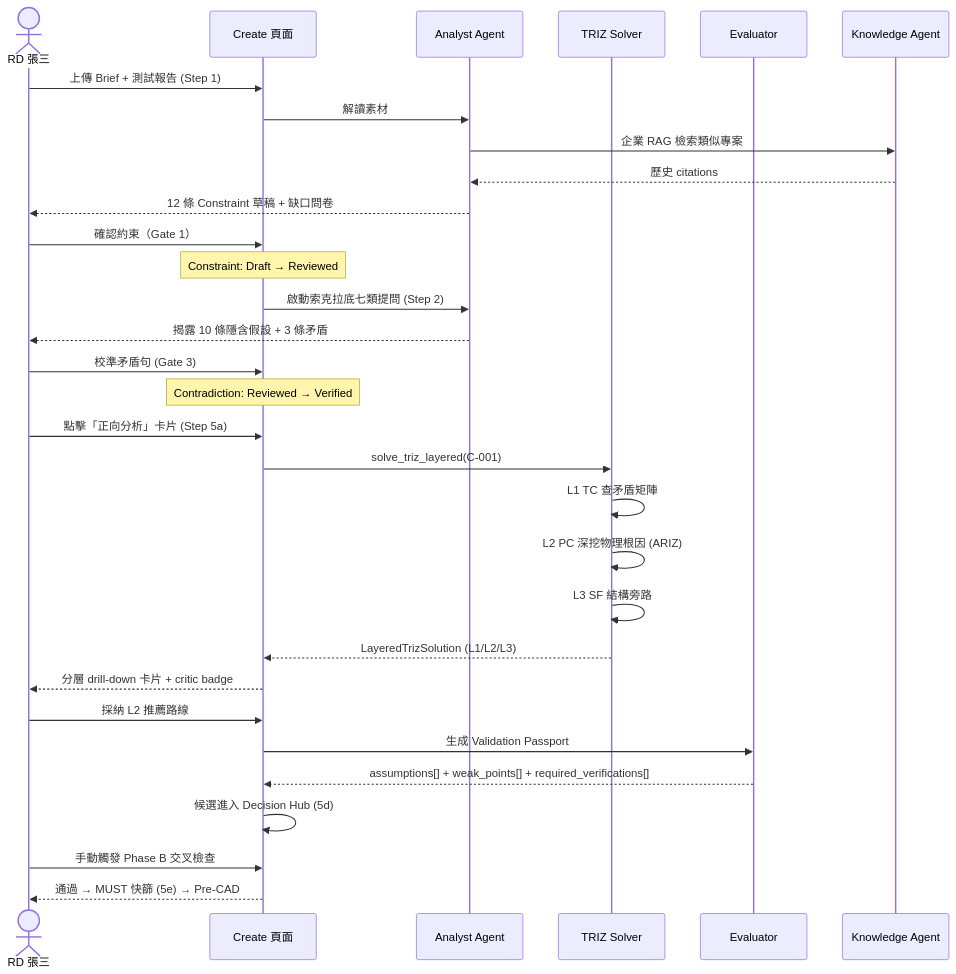
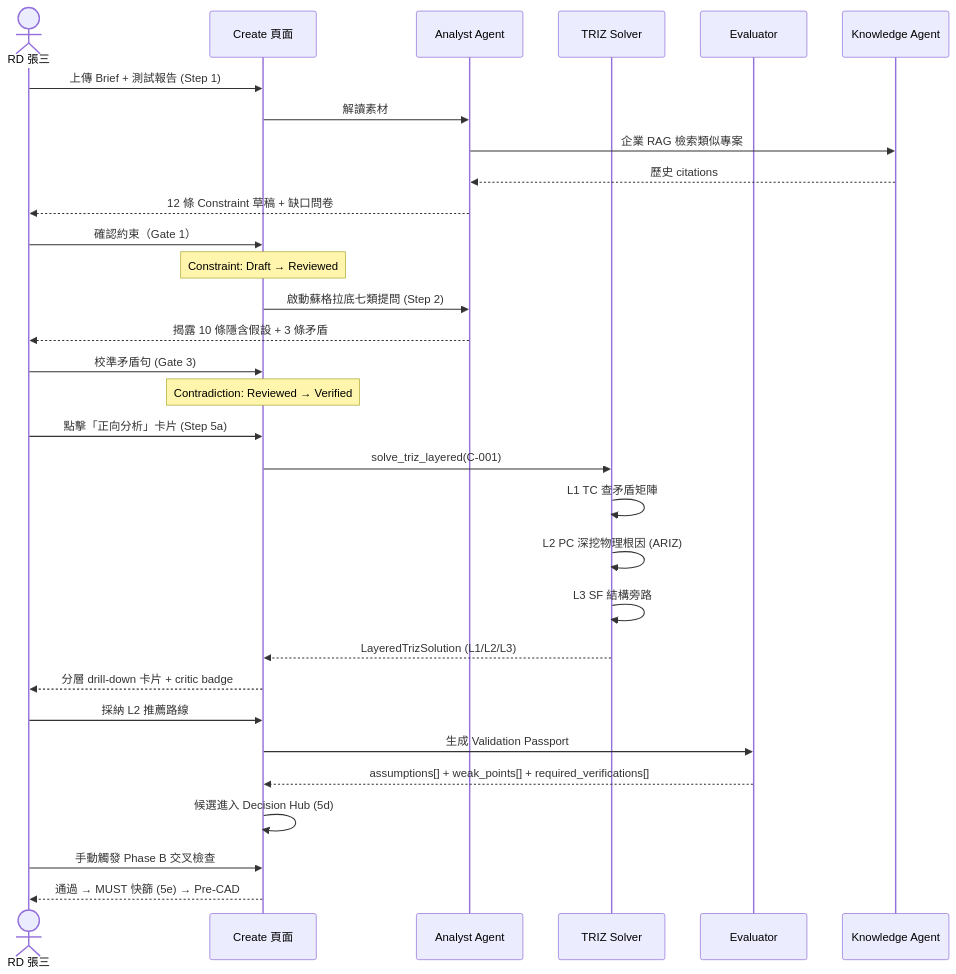
The second of 4 diagrams in docs/01-define/E3x--system-interaction-flow.md (Zenobia000/design-copilot-blueprint), drawn with Mermaid before and after one commit. The commit also changed other lines of this file and 16 other files, not shown here.

````diff
--- a/docs/01-define/E3x--system-interaction-flow.md
+++ b/docs/01-define/E3x--system-interaction-flow.md
@@ -60,39 +60,39 @@
 ```mermaid
 sequenceDiagram
     actor RD as RD 張三
     participant UI as Create 頁面
     participant AA as Analyst Agent
     participant TS as TRIZ Solver
     participant EV as Evaluator
     participant KB as Knowledge Agent
 
     RD->>UI: 上傳 Brief + 測試報告 (Step 1)
     UI->>AA: 解讀素材
     AA->>KB: 企業 RAG 檢索類似專案
     KB-->>AA: 歷史 citations
     AA-->>RD: 12 條 Constraint 草稿 + 缺口問卷
 
     RD->>UI: 確認約束（Gate 1）
     Note over UI: Constraint: Draft → Reviewed
 
-    UI->>AA: 啟動索克拉底七類提問 (Step 2)
+    UI->>AA: 啟動蘇格拉底七類提問 (Step 2)
     AA-->>RD: 揭露 10 條隱含假設 + 3 條矛盾
     RD->>UI: 校準矛盾句 (Gate 3)
     Note over UI: Contradiction: Reviewed → Verified
 
     RD->>UI: 點擊「正向分析」卡片 (Step 5a)
     UI->>TS: solve_triz_layered(C-001)
     TS->>TS: L1 TC 查矛盾矩陣
     TS->>TS: L2 PC 深挖物理根因 (ARIZ)
     TS->>TS: L3 SF 結構旁路
     TS-->>UI: LayeredTrizSolution (L1/L2/L3)
     UI-->>RD: 分層 drill-down 卡片 + critic badge
 
     RD->>UI: 採納 L2 推薦路線
     UI->>EV: 生成 Validation Passport
     EV-->>UI: assumptions[] + weak_points[] + required_verifications[]
 
     UI->>UI: 候選進入 Decision Hub (5d)
     RD->>UI: 手動觸發 Phase B 交叉檢查
     UI-->>RD: 通過 → MUST 快篩 (5e) → Pre-CAD
 ```
````
